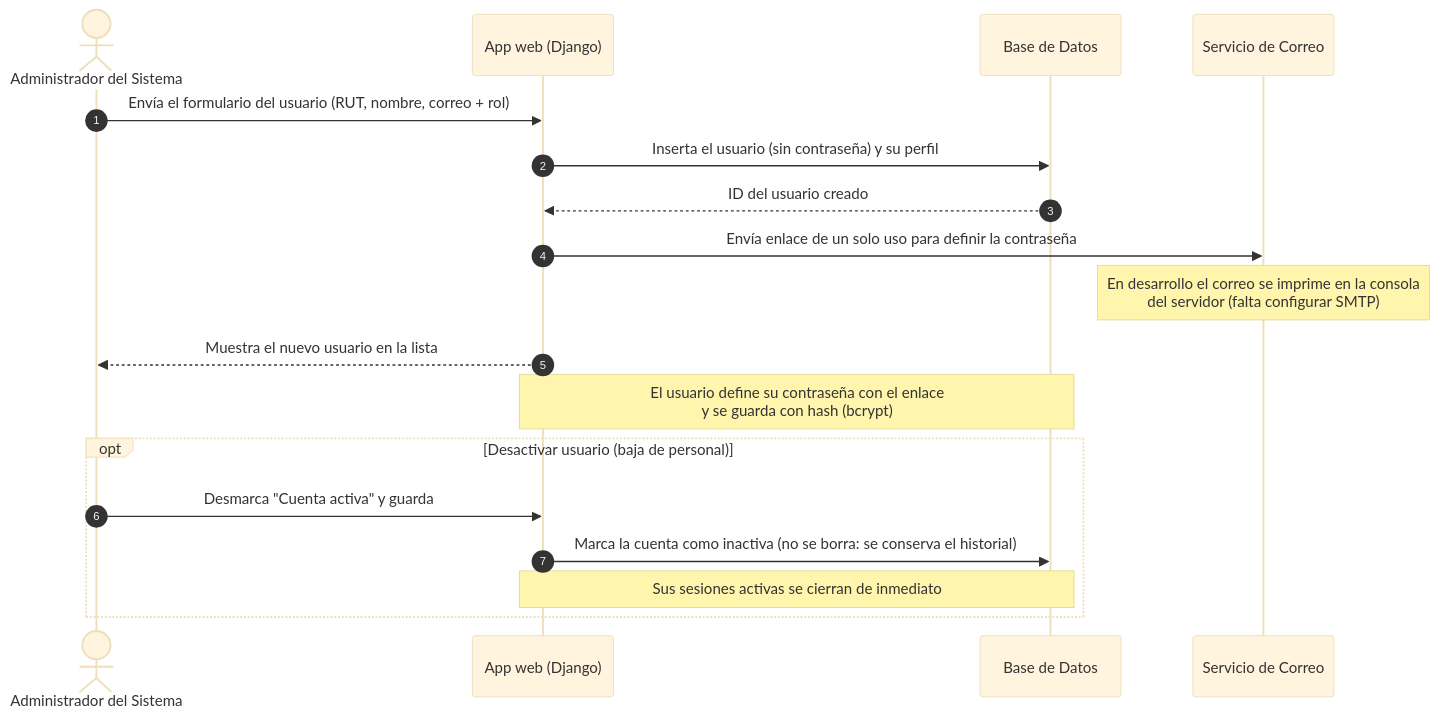
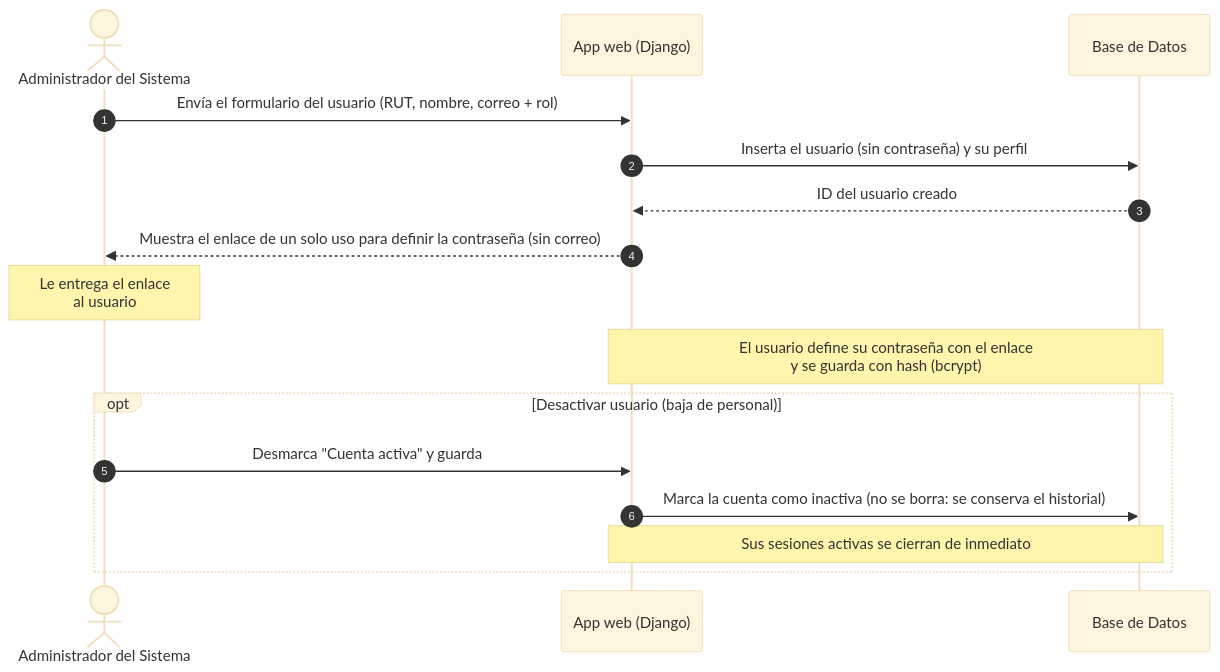
Before and after one commit to marcianabun/capstone: the diagram in Fase 2/Evidencias Proyecto/Evidencias de documentación/Diseño/Diagramas fuente (Mermaid)/Diagrama C.U 06.mmd, drawn with Mermaid (base theme). The commit also changed 23 other files, not shown here.

First line of the commit message:
feat: el CU06 deja de usar correo y el Administrador ve el enlace de contraseña en pantalla (#84)

```diff
--- a/Fase 2/Evidencias Proyecto/Evidencias de documentación/Diseño/Diagramas fuente (Mermaid)/Diagrama C.U 06.mmd
+++ b/Fase 2/Evidencias Proyecto/Evidencias de documentación/Diseño/Diagramas fuente (Mermaid)/Diagrama C.U 06.mmd
@@ -1,18 +1,16 @@
 sequenceDiagram
     autonumber
     actor Adm as Administrador del Sistema
     participant Web as App web (Django)
     participant BD as Base de Datos
-    participant Mail as Servicio de Correo
     Adm->>Web: Envía el formulario del usuario (RUT, nombre, correo + rol)
     Web->>BD: Inserta el usuario (sin contraseña) y su perfil
     BD-->>Web: ID del usuario creado
-    Web->>Mail: Envía enlace de un solo uso para definir la contraseña
-    Note over Mail: En desarrollo el correo se imprime en la consola<br/>del servidor (falta configurar SMTP)
-    Web-->>Adm: Muestra el nuevo usuario en la lista
+    Web-->>Adm: Muestra el enlace de un solo uso para definir la contraseña (sin correo)
+    Note over Adm: Le entrega el enlace<br/>al usuario
     Note over Web,BD: El usuario define su contraseña con el enlace<br/>y se guarda con hash (bcrypt)
     opt Desactivar usuario (baja de personal)
         Adm->>Web: Desmarca "Cuenta activa" y guarda
         Web->>BD: Marca la cuenta como inactiva (no se borra: se conserva el historial)
         Note over Web,BD: Sus sesiones activas se cierran de inmediato
     end
```
